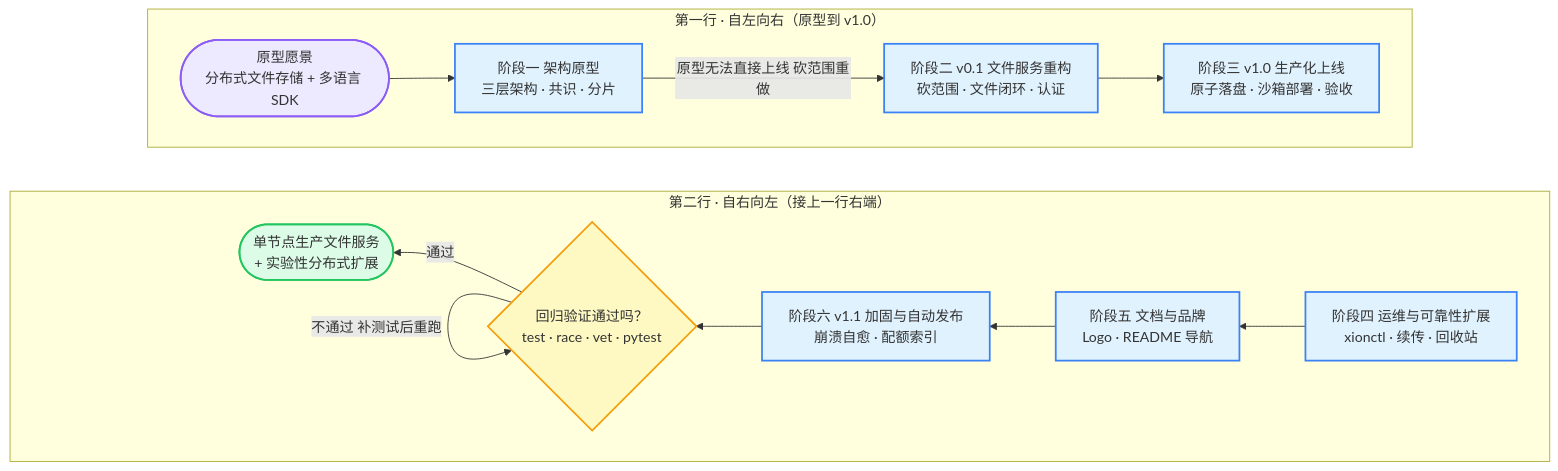
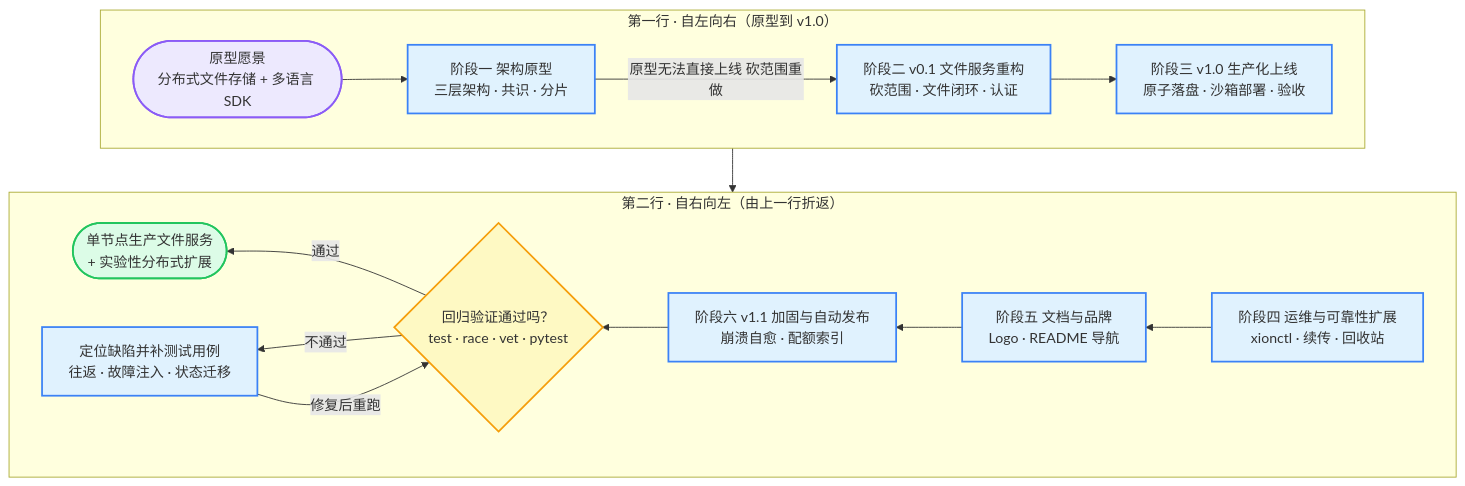
One commit to Kylinlixd/AstraStoreXion changed the third of 3 diagrams in 开发指南.md. Above: the diagram before and after it, drawn with Mermaid. The commit also changed other lines of this file, not shown here.

Commit message:
docs: 甘特图配色改为高对比蓝色系，流程图补上折返向下箭头

````diff
--- a/开发指南.md
+++ b/开发指南.md
@@ -71,32 +75,36 @@
 ```mermaid
-graph LR
+graph TB
     classDef startend fill:#EDE9FE,stroke:#8B5CF6,stroke-width:2px
     classDef process fill:#E0F2FE,stroke:#3B82F6,stroke-width:2px
     classDef decision fill:#FEF9C3,stroke:#F59E0B,stroke-width:2px
     classDef result fill:#DCFCE7,stroke:#22C55E,stroke-width:2px
-
-    subgraph ROW2["第二行 · 自右向左（接上一行右端）"]
-        direction RL
-        F["阶段四 运维与可靠性扩展<br/>xionctl · 续传 · 回收站"]:::process
-        G["阶段五 文档与品牌<br/>Logo · README 导航"]:::process
-        H["阶段六 v1.1 加固与自动发布<br/>崩溃自愈 · 配额索引"]:::process
-        I{"回归验证通过吗？<br/>test · race · vet · pytest"}:::decision
-        K(["单节点生产文件服务<br/>+ 实验性分布式扩展"]):::result
-        F --> G
-        G --> H
-        H --> I
-        I -->|通过| K
-        I -->|不通过 补测试后重跑| I
-    end
 
     subgraph ROW1["第一行 · 自左向右（原型到 v1.0）"]
         direction LR
         A(["原型愿景<br/>分布式文件存储 + 多语言 SDK"]):::startend
         B["阶段一 架构原型<br/>三层架构 · 共识 · 分片"]:::process
         D["阶段二 v0.1 文件服务重构<br/>砍范围 · 文件闭环 · 认证"]:::process
         E["阶段三 v1.0 生产化上线<br/>原子落盘 · 沙箱部署 · 验收"]:::process
         A --> B
         B -->|原型无法直接上线 砍范围重做| D
         D --> E
     end
+
+    subgraph ROW2["第二行 · 自右向左（由上一行折返）"]
+        direction RL
+        F["阶段四 运维与可靠性扩展<br/>xionctl · 续传 · 回收站"]:::process
+        G["阶段五 文档与品牌<br/>Logo · README 导航"]:::process
+        H["阶段六 v1.1 加固与自动发布<br/>崩溃自愈 · 配额索引"]:::process
+        I{"回归验证通过吗？<br/>test · race · vet · pytest"}:::decision
+        J["定位缺陷并补测试用例<br/>往返 · 故障注入 · 状态迁移"]:::process
+        K(["单节点生产文件服务<br/>+ 实验性分布式扩展"]):::result
+        F --> G
+        G --> H
+        H --> I
+        I -->|通过| K
+        I -->|不通过| J
+        J -->|修复后重跑| I
+    end
+
+    ROW1 --> ROW2
 ```
````
